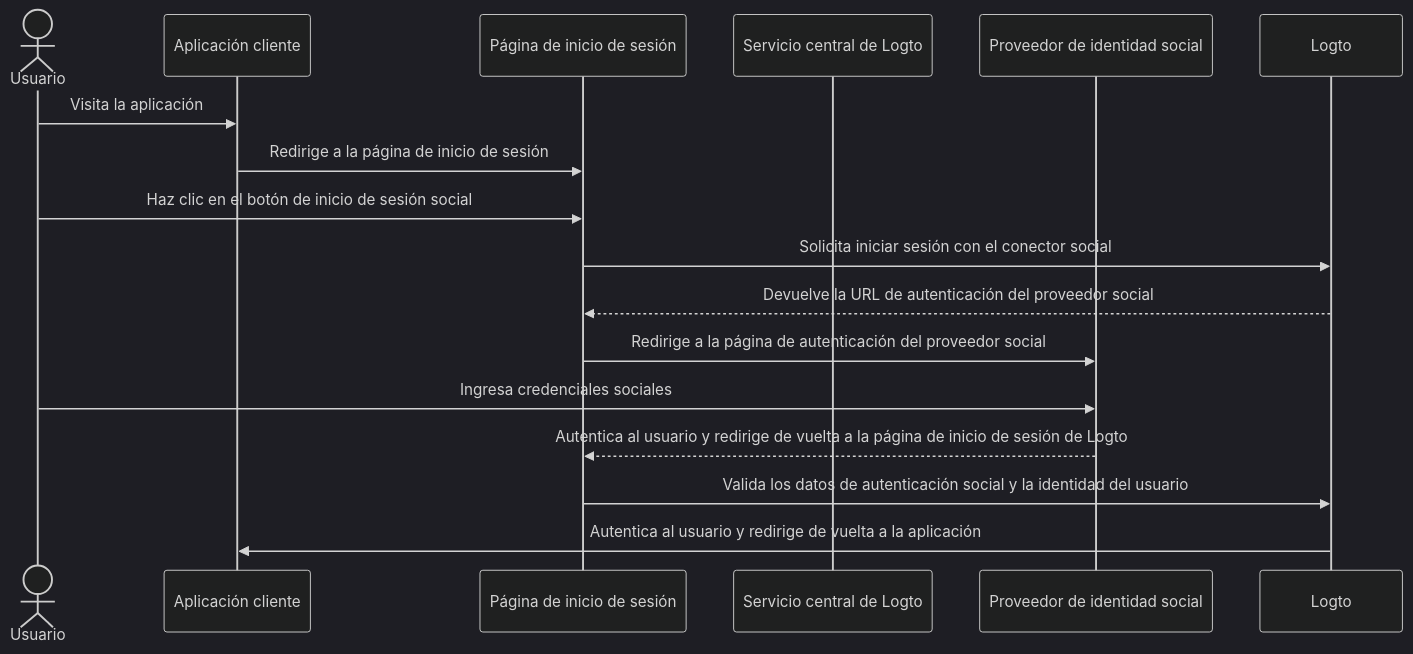
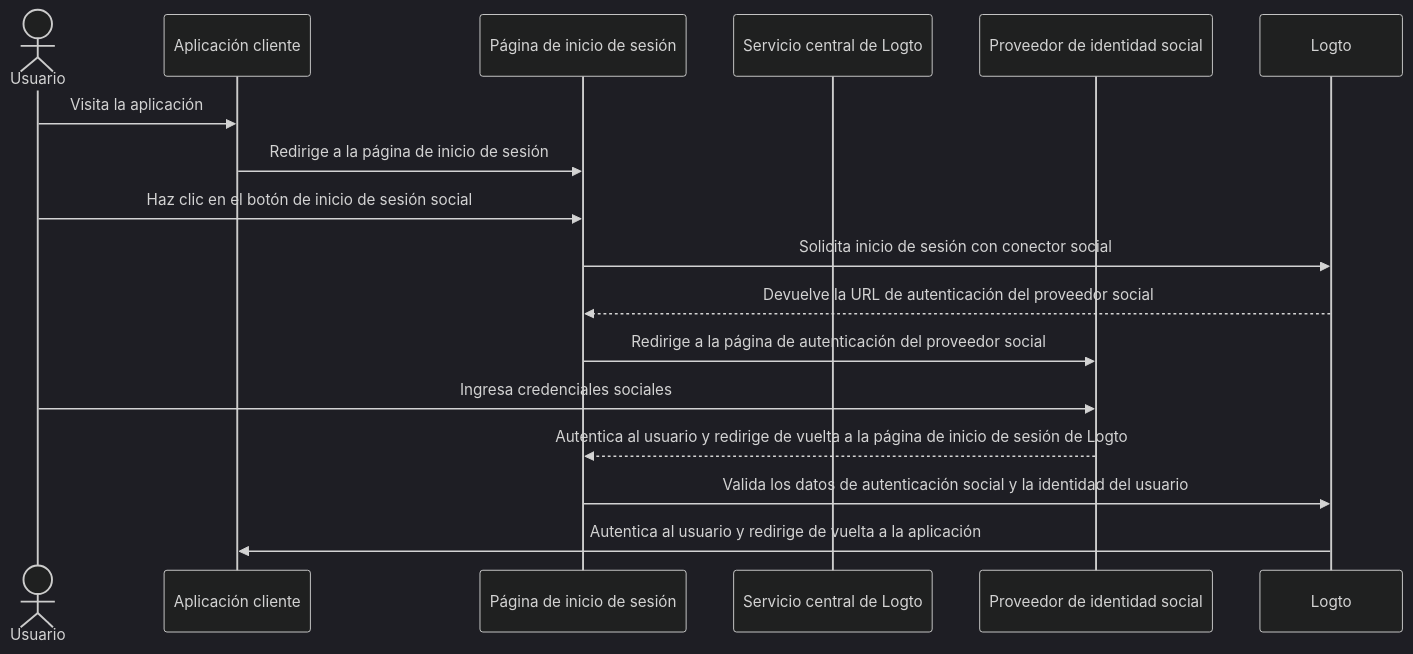
The first of 6 diagrams in i18n/es/docusaurus-plugin-content-docs/current/end-user-flows/sign-up-and-sign-in/social-sign-in.mdx (logto-io/docs), drawn with Mermaid (dark theme) before and after one commit. The commit also changed other lines of this file and 666 other files, not shown here.

````diff
--- a/i18n/es/docusaurus-plugin-content-docs/current/end-user-flows/sign-up-and-sign-in/social-sign-in.mdx
+++ b/i18n/es/docusaurus-plugin-content-docs/current/end-user-flows/sign-up-and-sign-in/social-sign-in.mdx
@@ -36,19 +36,19 @@
 ```mermaid
 sequenceDiagram
     actor user as Usuario
     participant app as Aplicación cliente
     participant experience as Página de inicio de sesión
     participant logto as Servicio central de Logto
     participant social as Proveedor de identidad social
 
     user->>app: Visita la aplicación
     app->>experience: Redirige a la página de inicio de sesión
     user->>experience: Haz clic en el botón de inicio de sesión social
-    experience->>Logto: Solicita iniciar sesión con el conector social
+    experience->>Logto: Solicita inicio de sesión con conector social
     Logto-->>experience: Devuelve la URL de autenticación del proveedor social
     experience->>social: Redirige a la página de autenticación del proveedor social
     user->>social: Ingresa credenciales sociales
     social-->>experience: Autentica al usuario y redirige de vuelta a la página de inicio de sesión de Logto
     experience->>Logto: Valida los datos de autenticación social y la identidad del usuario
     Logto->>app: Autentica al usuario y redirige de vuelta a la aplicación
 ```
````
